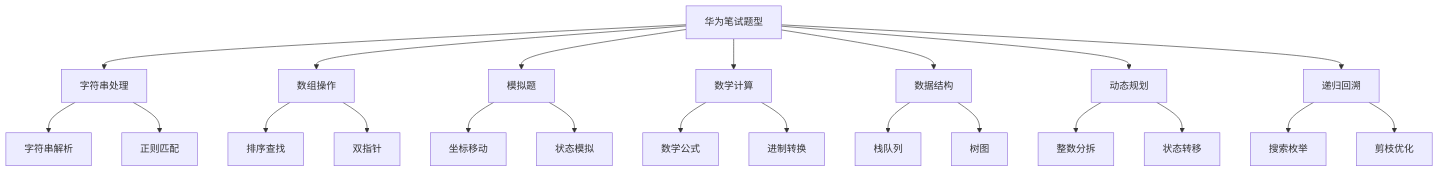
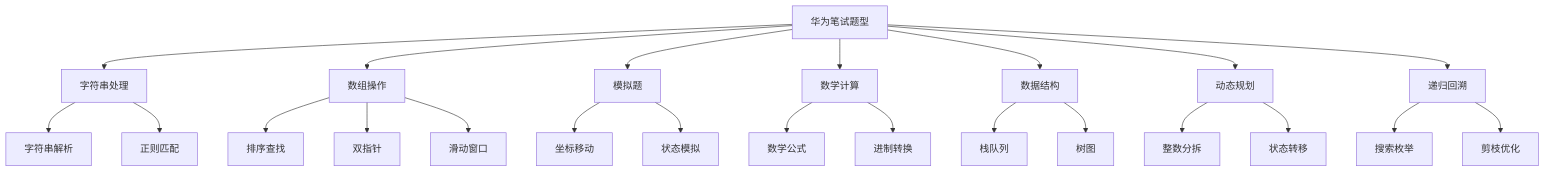
One commit to Scorpio69t/HuaweiExam changed the diagram in README.md. Above: the diagram before and after it, drawn with Mermaid. The commit also changed other lines of this file and 4 other files, not shown here.

````diff
--- a/README.md
+++ b/README.md
@@ -97,25 +103,26 @@
 ```mermaid
 graph TD
     A[华为笔试题型] --> B[字符串处理]
     A --> C[数组操作]
     A --> D[模拟题]
     A --> E[数学计算]
     A --> F[数据结构]
     A --> G[动态规划]
     A --> H[递归回溯]
     
     B --> I[字符串解析]
     B --> J[正则匹配]
     C --> K[排序查找]
     C --> L[双指针]
+    C --> M1[滑动窗口]
     D --> M[坐标移动]
     D --> N[状态模拟]
     E --> O[数学公式]
     E --> P[进制转换]
     F --> Q[栈队列]
     F --> R[树图]
     G --> S[整数分拆]
     G --> T[状态转移]
     H --> U[搜索枚举]
     H --> V[剪枝优化]
 ```
````
